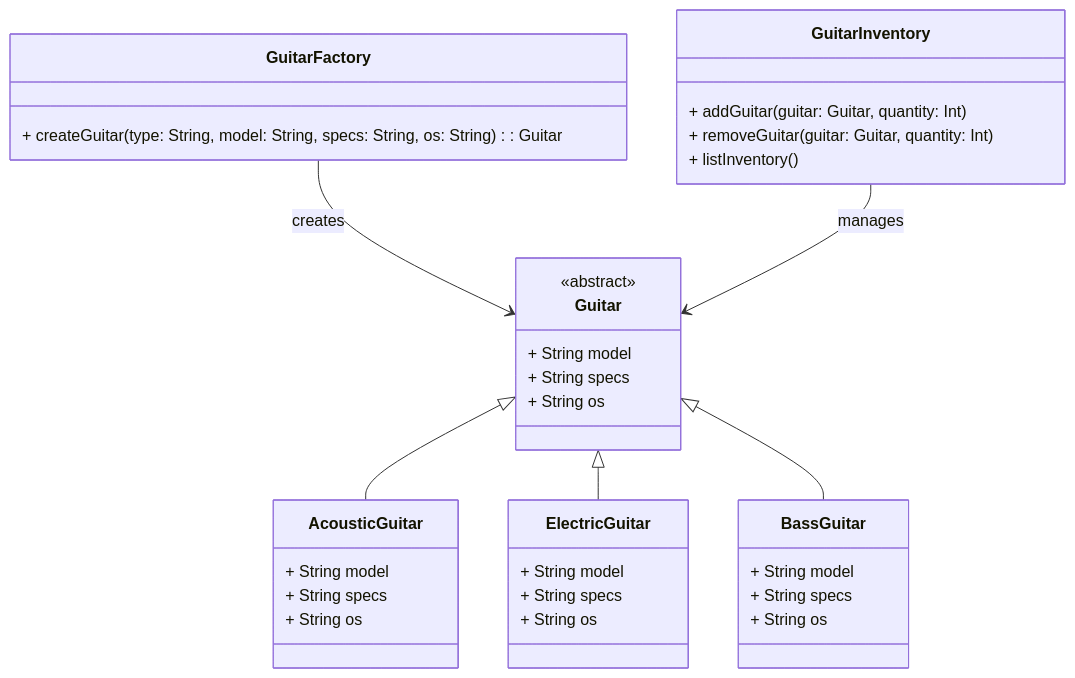
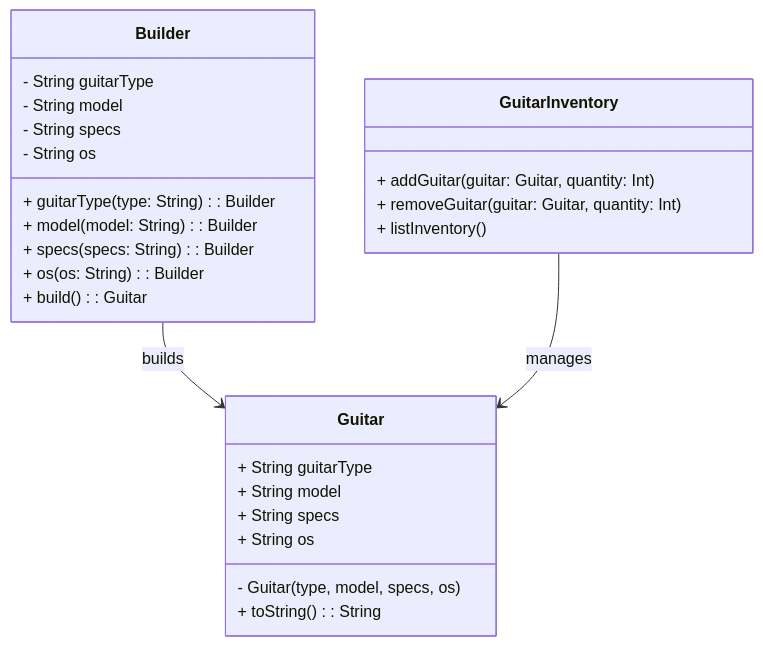
The diagram in scala-3.6/guitar-factory/README.md (rbleggi/tech-pocs), drawn with Mermaid before and after one commit. The commit also changed other lines of this file and 14 other files, not shown here.

Commit message:
feat: Changes Tax System and add Guitar Factory

````diff
--- a/scala-3.6/guitar-factory/README.md
+++ b/scala-3.6/guitar-factory/README.md
@@ -29,45 +34,34 @@
 ```mermaid
 classDiagram
-   direction TB
+    direction TB
 
-   class Guitar {
-      <<abstract>>
-      + String model
-      + String specs
-      + String os
-   }
+    class Guitar {
+        - Guitar(type, model, specs, os)
+        + String guitarType
+        + String model
+        + String specs
+        + String os
+        + toString(): String
+    }
 
-   class AcousticGuitar {
-      + String model
-      + String specs
-      + String os
-   }
+    class Builder {
+        - String guitarType
+        - String model
+        - String specs
+        - String os
+        + guitarType(type: String): Builder
+        + model(model: String): Builder
+        + specs(specs: String): Builder
+        + os(os: String): Builder
+        + build(): Guitar
+    }
 
-   class ElectricGuitar {
-      + String model
-      + String specs
-      + String os
-   }
+    class GuitarInventory {
+        + addGuitar(guitar: Guitar, quantity: Int)
+        + removeGuitar(guitar: Guitar, quantity: Int)
+        + listInventory()
+    }
 
-   class BassGuitar {
-      + String model
-      + String specs
-      + String os
-   }
-
-   class GuitarFactory {
-      + createGuitar(type: String, model: String, specs: String, os: String): Guitar
-   }
-
-   class GuitarInventory {
-      + addGuitar(guitar: Guitar, quantity: Int)
-      + removeGuitar(guitar: Guitar, quantity: Int)
-      + listInventory()
-   }
-
-   Guitar <|-- AcousticGuitar
-   Guitar <|-- ElectricGuitar
-   Guitar <|-- BassGuitar
-   GuitarFactory --> Guitar : creates
-   GuitarInventory --> Guitar : manages
+    Builder --> Guitar: builds
+    GuitarInventory --> Guitar: manages
 ```
````
